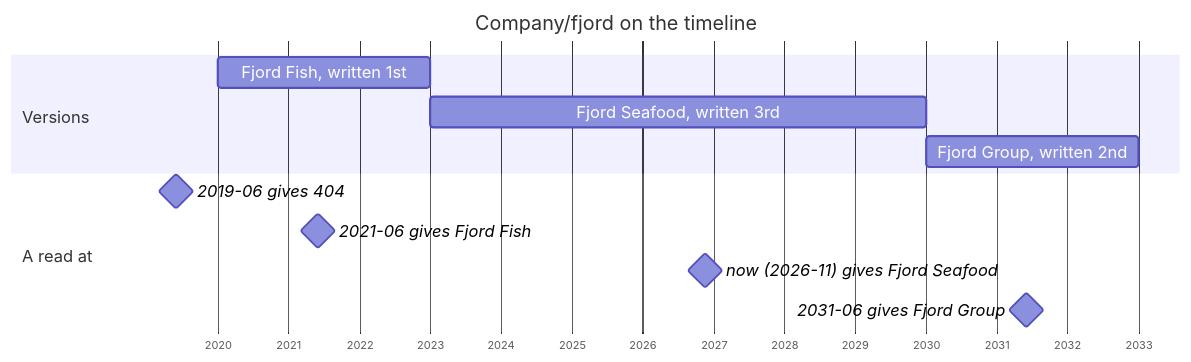
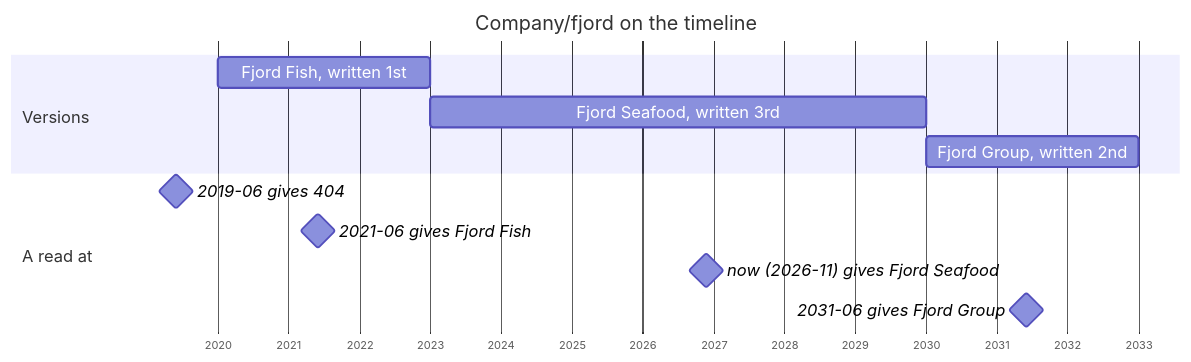
Before and after one commit to descoped/linked-data-store-project: the first of 9 diagrams in docs/user/concepts.md, drawn with Mermaid. The commit also changed other lines of this file and 67 other files, not shown here.

````diff
--- a/docs/user/concepts.md
+++ b/docs/user/concepts.md
@@ -156,17 +156,17 @@
 ```mermaid
 %%{init: {"gantt": {"leftPadding": 150, "fontSize": 15, "sectionFontSize": 15, "barHeight": 28, "barGap": 8}}}%%
 gantt
     title Company/fjord on the timeline
     dateFormat YYYY-MM-DD
     axisFormat %Y
     todayMarker off
     section Versions
     Fjord Fish, written 1st       : 2020-01-01, 2023-01-01
     Fjord Seafood, written 3rd    : 2023-01-01, 2030-01-01
     Fjord Group, written 2nd      : 2030-01-01, 2033-01-01
     section A read at
     2019-06 gives 404             : milestone, 2019-06-01, 0d
     2021-06 gives Fjord Fish      : milestone, 2021-06-01, 0d
-    now (2026-11) gives Fjord Seafood      : milestone, 2026-11-20, 0d
+    now (2026-11) gives Fjord Seafood      : milestone, 2026-11-24, 0d
     2031-06 gives Fjord Group     : milestone, 2031-06-01, 0d
 ```
````
